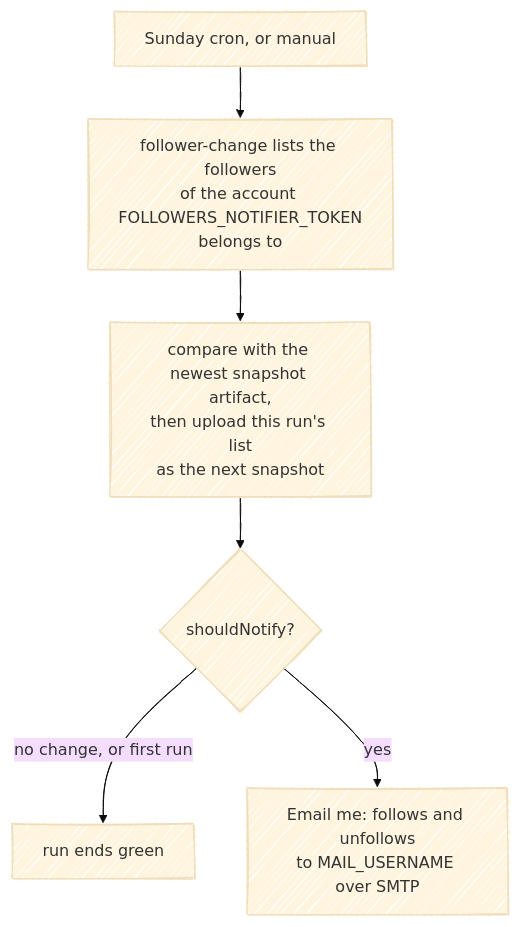
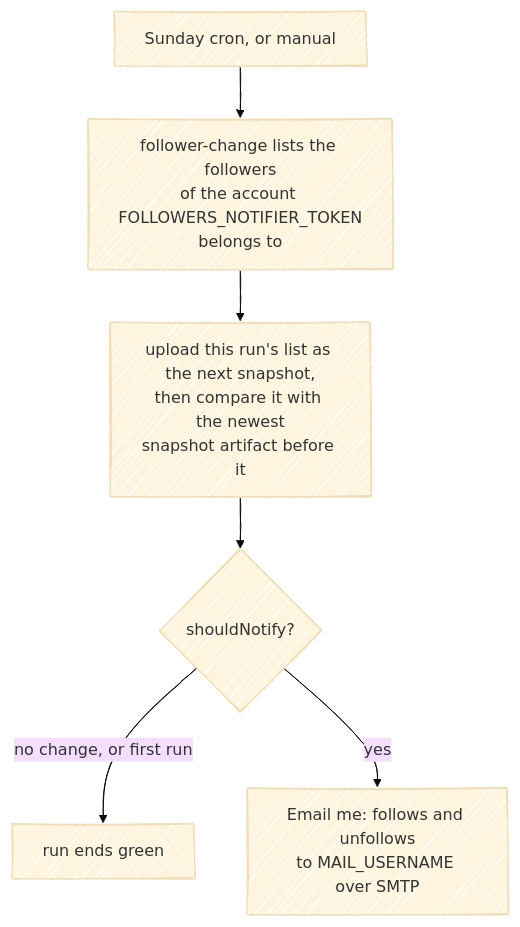
Before and after one commit to fbuireu/fbuireu: the seventh of 9 diagrams in ARCHITECTURE.md, drawn with Mermaid (base theme). The commit also changed other lines of this file, not shown here.

First line of the commit message:
docs: draw the refresh flows as the pinned actions run them

````diff
--- a/ARCHITECTURE.md
+++ b/ARCHITECTURE.md
@@ -280,13 +285,13 @@
 ```mermaid
 ---
 config:
   look: handDrawn
   layout: dagre
 ---
 flowchart TD
     cron["Sunday cron, or manual"] --> fc["follower-change lists the followers<br/>of the account FOLLOWERS_NOTIFIER_TOKEN<br/>belongs to"]
-    fc --> compare["compare with the newest snapshot artifact,<br/>then upload this run's list<br/>as the next snapshot"]
+    fc --> compare["upload this run's list as the next snapshot,<br/>then compare it with the newest<br/>snapshot artifact before it"]
     compare --> notify{"shouldNotify?"}
     notify -->|"no change, or first run"| done["run ends green"]
     notify -->|yes| mail["Email me: follows and unfollows<br/>to MAIL_USERNAME over SMTP"]
 ```
````
